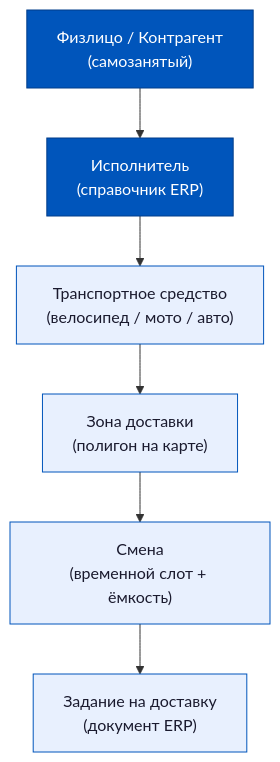
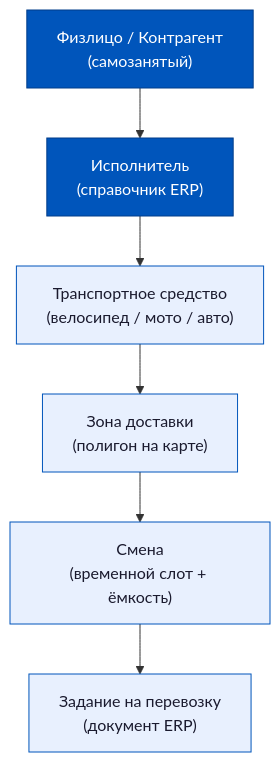
Before and after one commit to murad1986/edu-site: the first of 7 diagrams in content/1c_erp_qcom/week_7/Неделя 7 - День 3 - Управление сменами курьеров.md, drawn with Mermaid. The commit also changed other lines of this file and 43 other files, not shown here.

````diff
--- a/content/1c_erp_qcom/week_7/Неделя 7 - День 3 - Управление сменами курьеров.md
+++ b/content/1c_erp_qcom/week_7/Неделя 7 - День 3 - Управление сменами курьеров.md
@@ -41,11 +41,11 @@
 ```mermaid
 graph TD
     A["Физлицо / Контрагент\n(самозанятый)"]:::blue --> B["Исполнитель\n(справочник ERP)"]:::blue
     B --> C["Транспортное средство\n(велосипед / мото / авто)"]:::node
     C --> D["Зона доставки\n(полигон на карте)"]:::node
     D --> E["Смена\n(временной слот + ёмкость)"]:::node
-    E --> F["Задание на доставку\n(документ ERP)"]:::node
+    E --> F["Задание на перевозку\n(документ ERP)"]:::node
 
     classDef blue fill:#0055BB,color:#fff,stroke:#003d8a
     classDef node fill:#e8f0fe,color:#1a1a2e,stroke:#0055BB
 ```
````
